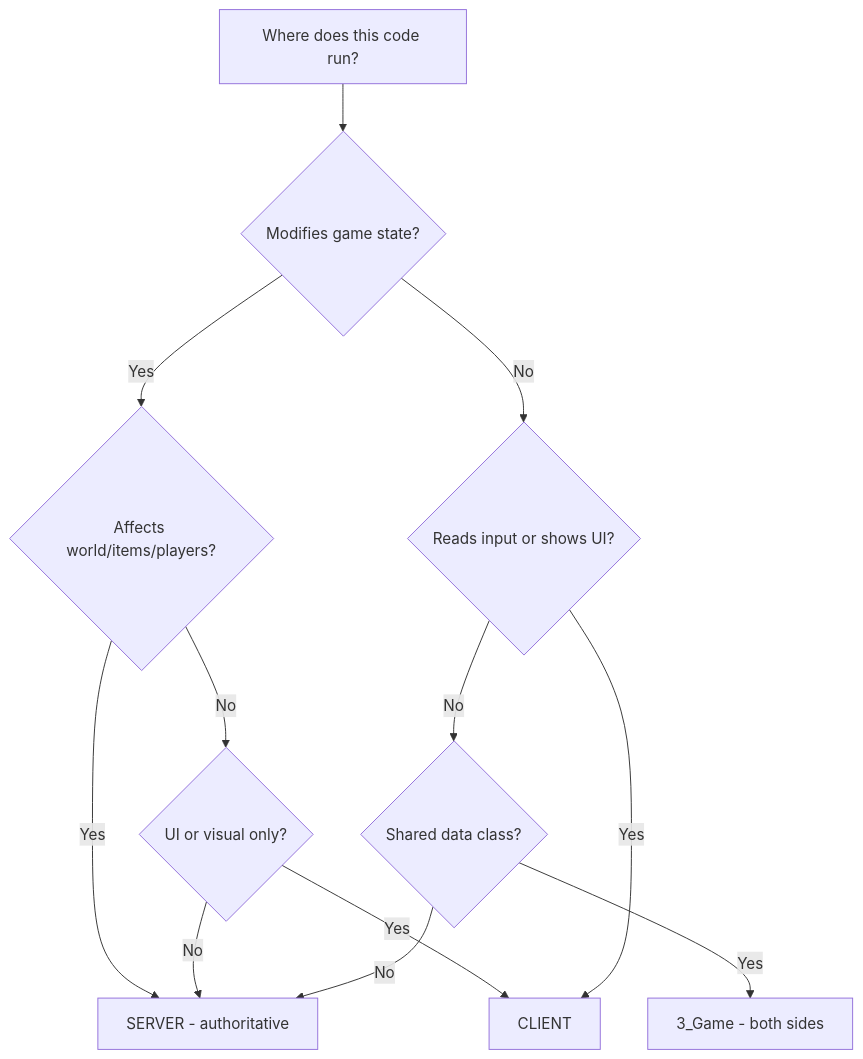
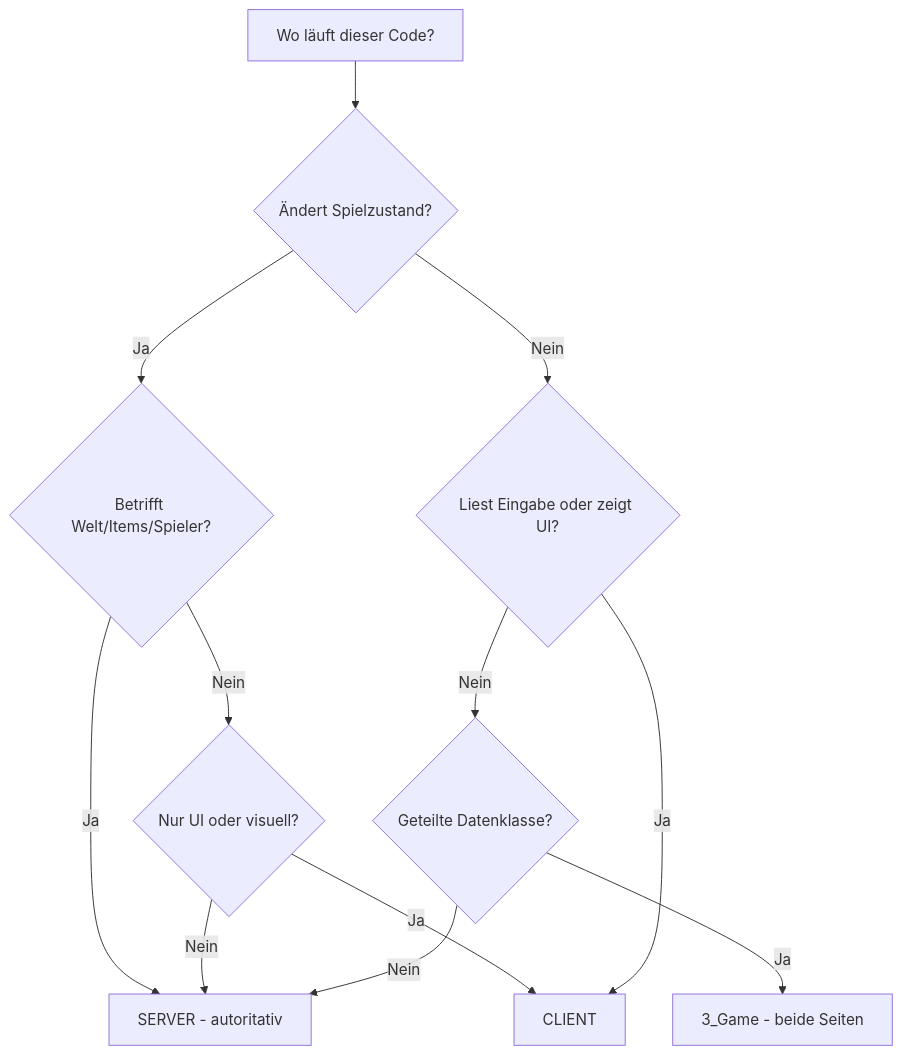
One commit to StarDZ-Team/DayZ-Modding-WIKI changed the diagram in de/02-mod-structure/06-server-client-split.md. Above: the diagram before and after it, drawn with Mermaid. The commit also changed other lines of this file and 9 other files, not shown here.

````diff
--- a/de/02-mod-structure/06-server-client-split.md
+++ b/de/02-mod-structure/06-server-client-split.md
@@ -380,14 +385,14 @@
 ```mermaid
 flowchart TD
-    A[Where does this code run?] --> B{Modifies game state?}
-    B -->|Yes| C{Affects world/items/players?}
-    C -->|Yes| D[SERVER - authoritative]
-    C -->|No| E{UI or visual only?}
-    E -->|Yes| F[CLIENT]
-    E -->|No| D
-    B -->|No| G{Reads input or shows UI?}
-    G -->|Yes| F
-    G -->|No| H{Shared data class?}
-    H -->|Yes| I[3_Game - both sides]
-    H -->|No| D
+    A[Wo läuft dieser Code?] --> B{Ändert Spielzustand?}
+    B -->|Ja| C{Betrifft Welt/Items/Spieler?}
+    C -->|Ja| D[SERVER - autoritativ]
+    C -->|Nein| E{Nur UI oder visuell?}
+    E -->|Ja| F[CLIENT]
+    E -->|Nein| D
+    B -->|Nein| G{Liest Eingabe oder zeigt UI?}
+    G -->|Ja| F
+    G -->|Nein| H{Geteilte Datenklasse?}
+    H -->|Ja| I[3_Game - beide Seiten]
+    H -->|Nein| D
 ```
````
